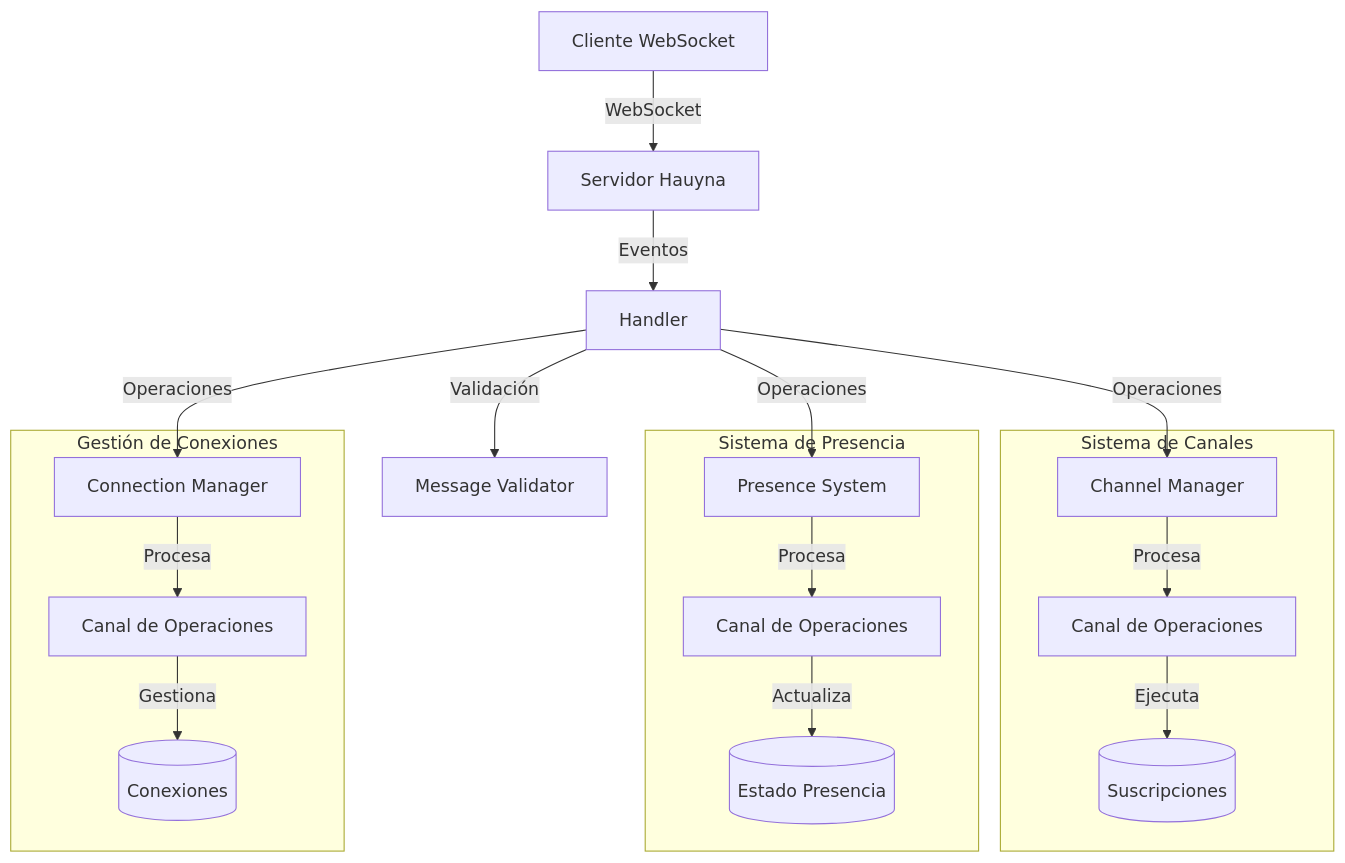
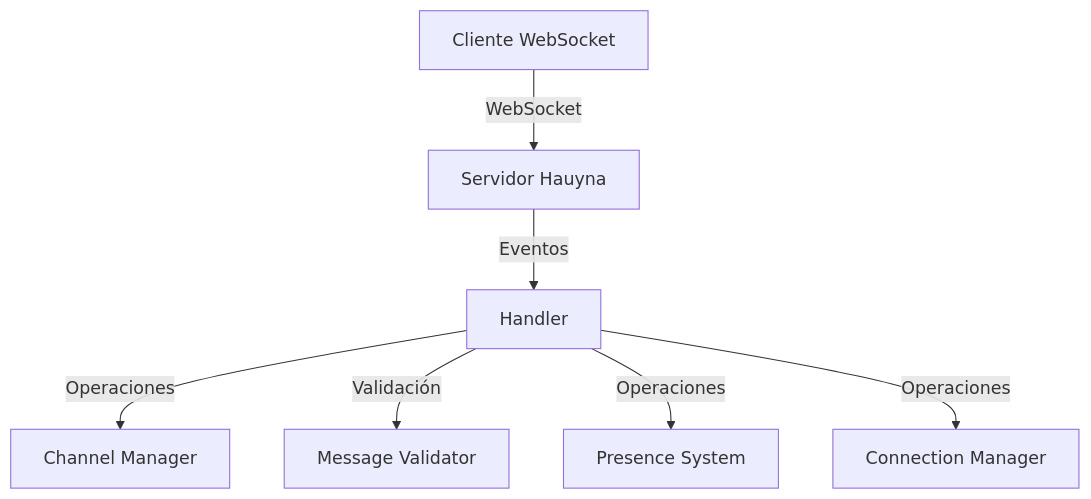
Before and after one commit to Hauyna/hauyna-web-socket: the first of 3 diagrams in README.md, drawn with Mermaid. The commit also changed other lines of this file and 12 other files, not shown here.

````diff
--- a/README.md
+++ b/README.md
@@ -162,24 +68,9 @@
 ```mermaid
 graph TB
     Client[Cliente WebSocket] -->|WebSocket| Server[Servidor Hauyna]
     Server -->|Eventos| Handler[Handler]
     Handler -->|Operaciones| ChannelManager[Channel Manager]
     Handler -->|Validación| MessageValidator[Message Validator]
     Handler -->|Operaciones| PresenceSystem[Presence System]
     Handler -->|Operaciones| ConnectionManager[Connection Manager]
-    
-    subgraph "Sistema de Canales"
-        ChannelManager -->|Procesa| ChannelOps[Canal de Operaciones]
-        ChannelOps -->|Ejecuta| Subscriptions[(Suscripciones)]
-    end
-    
-    subgraph "Sistema de Presencia"
-        PresenceSystem -->|Procesa| PresenceOps[Canal de Operaciones]
-        PresenceOps -->|Actualiza| PresenceState[(Estado Presencia)]
-    end
-    
-    subgraph "Gestión de Conexiones"
-        ConnectionManager -->|Procesa| ConnectionOps[Canal de Operaciones]
-        ConnectionOps -->|Gestiona| Connections[(Conexiones)]
-    end
 ```
````
